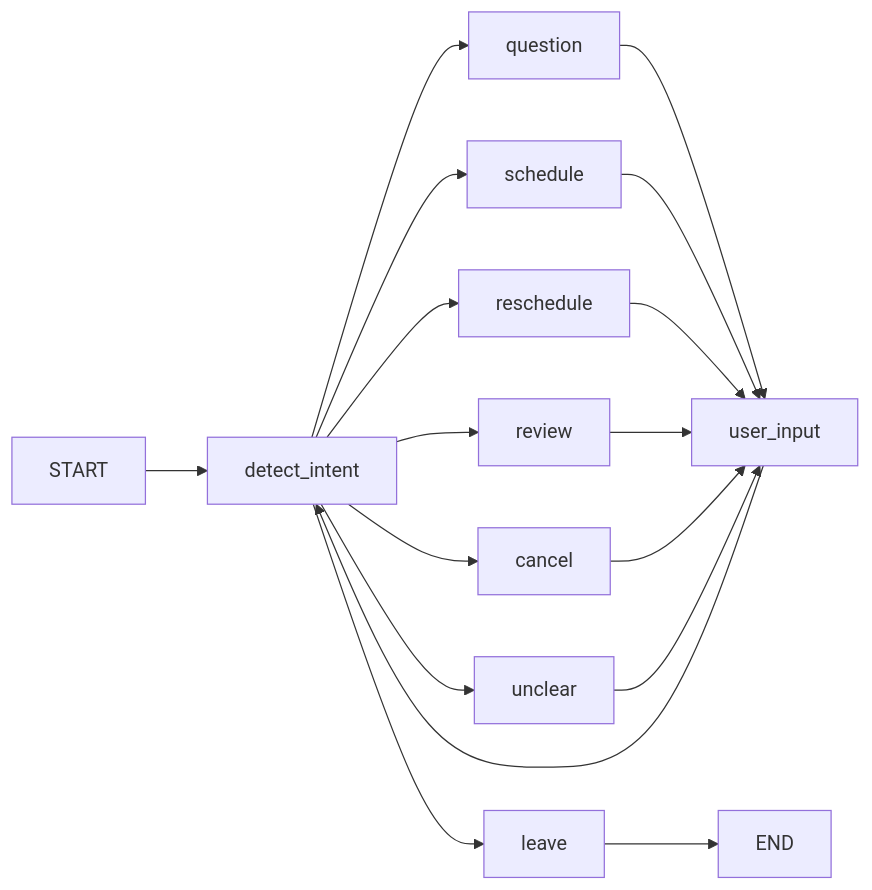
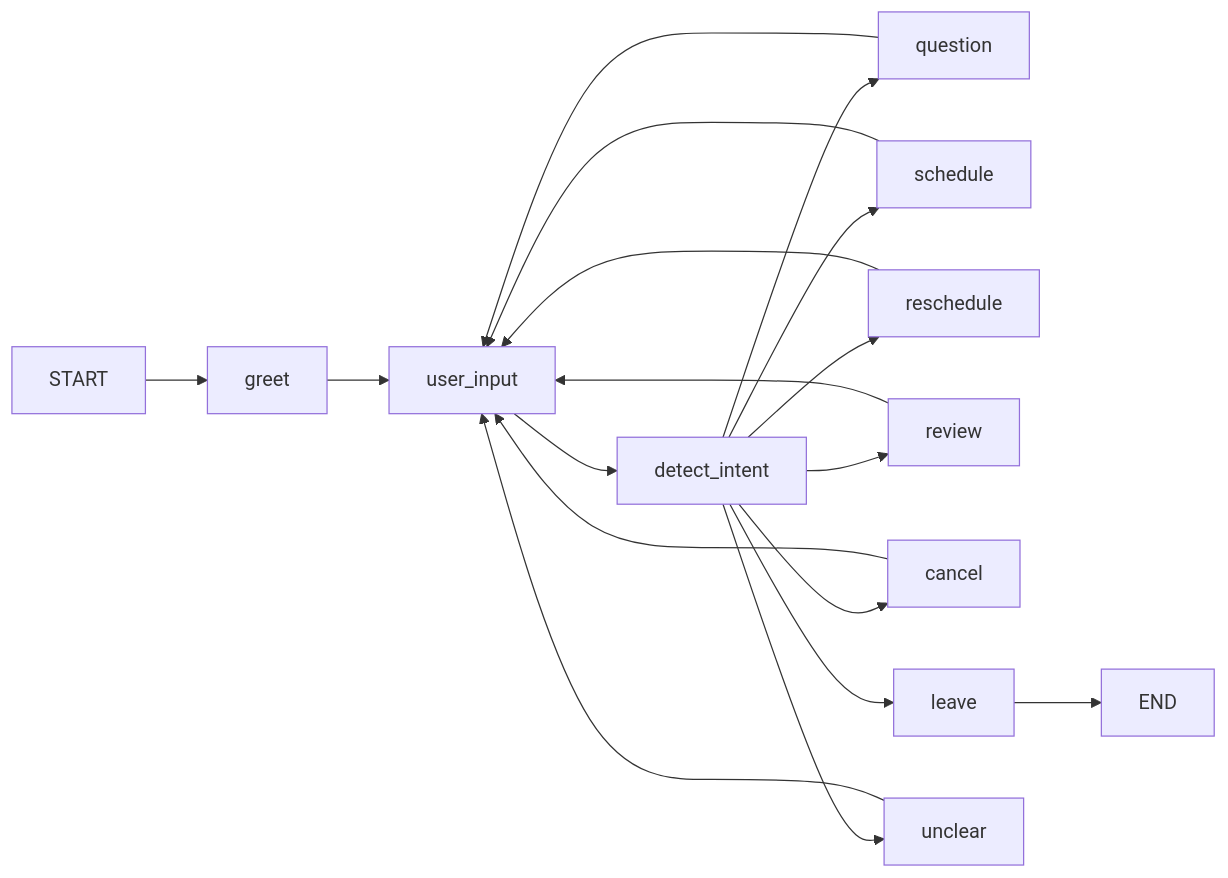
Before and after one commit to rlofc/acme-dental-main: the diagram in README.md, drawn with Mermaid. The commit also changed other lines of this file and 11 other files, not shown here.

````diff
--- a/README.md
+++ b/README.md
@@ -35,23 +36,25 @@
 ```mermaid
 flowchart LR
-    START --> detect_intent
+    START --> greet
+
+    greet --> user_input
 
     detect_intent --> question
     detect_intent --> schedule
     detect_intent --> reschedule
     detect_intent --> review
     detect_intent --> cancel
     detect_intent --> leave
     detect_intent --> unclear
 
     question --> user_input
     schedule --> user_input
     reschedule --> user_input
     review --> user_input
     cancel --> user_input
     unclear --> user_input
 
     user_input --> detect_intent
 
     leave --> END
 ```
````
